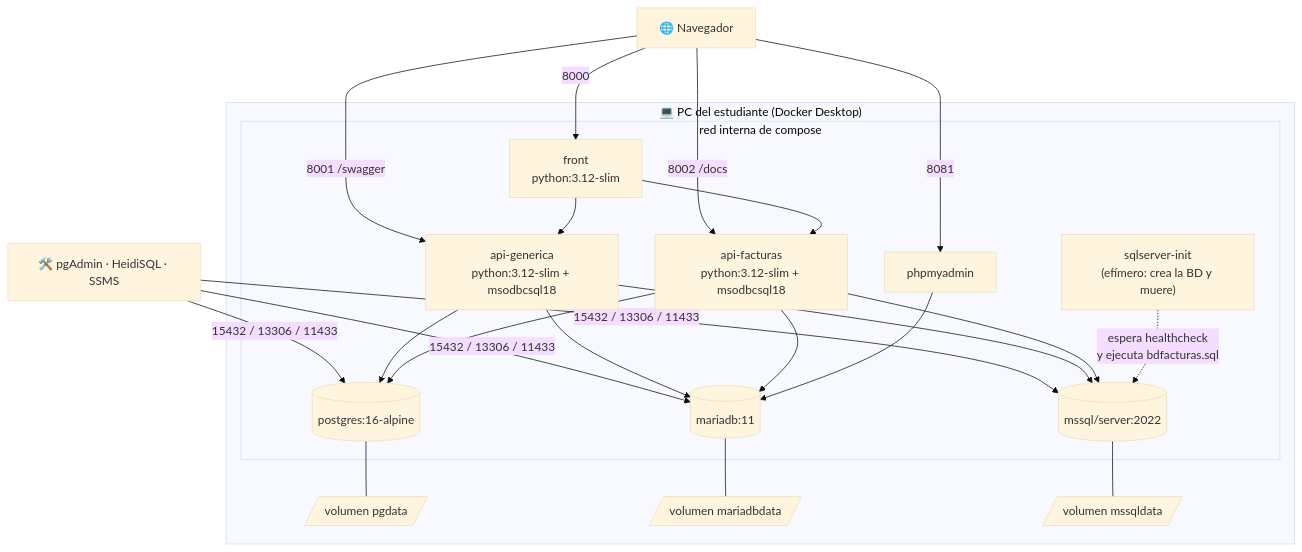
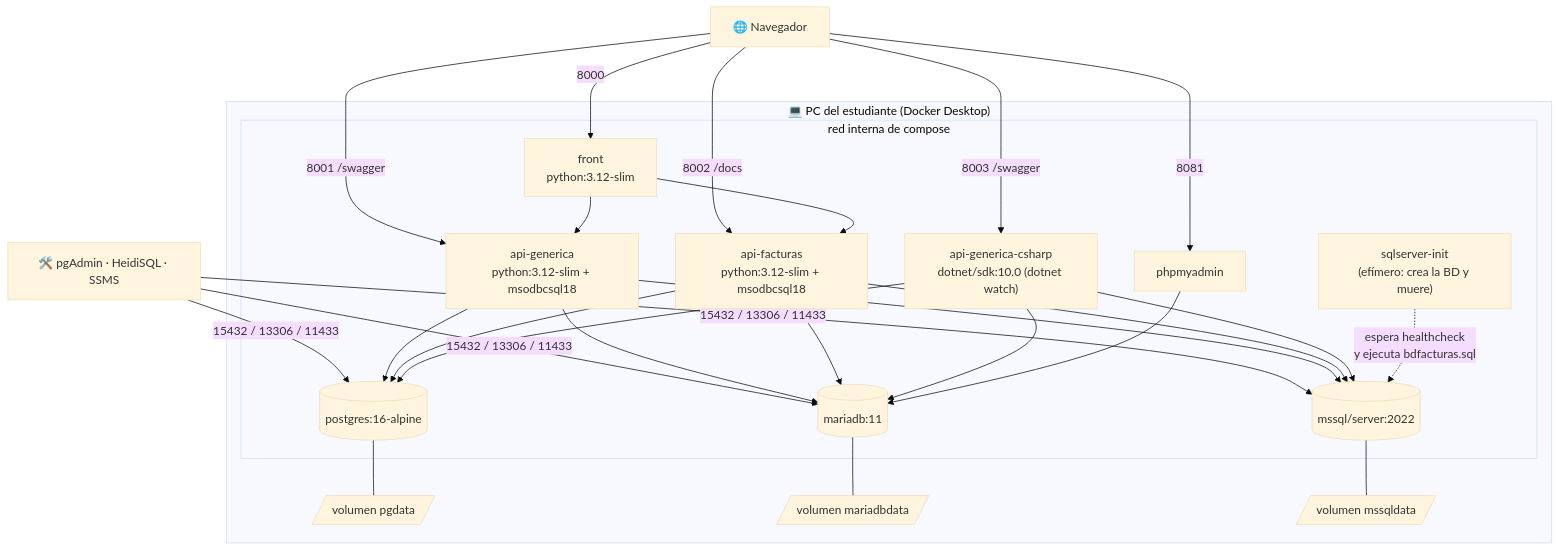
Before and after one commit to ccastro2050/proyecto_construccion1: the eighth of 8 diagrams in README.md, drawn with Mermaid (base theme). The commit also changed other lines of this file and 41 other files, not shown here.

````diff
--- a/README.md
+++ b/README.md
@@ -317,32 +352,35 @@
 ```mermaid
 flowchart TB
     subgraph HOST["💻 PC del estudiante (Docker Desktop)"]
         subgraph NET["red interna de compose"]
             F["front<br/>python:3.12-slim"]
             G["api-generica<br/>python:3.12-slim + msodbcsql18"]
             FA["api-facturas<br/>python:3.12-slim + msodbcsql18"]
+            CS["api-generica-csharp<br/>dotnet/sdk:10.0 (dotnet watch)"]
             P[("postgres:16-alpine")]
             M[("mariadb:11")]
             S[("mssql/server:2022")]
             INIT["sqlserver-init<br/>(efímero: crea la BD y muere)"]
             PMA["phpmyadmin"]
         end
         V1[/"volumen pgdata"/]
         V2[/"volumen mariadbdata"/]
         V3[/"volumen mssqldata"/]
     end
 
     B["🌐 Navegador"] -->|8000| F
     B -->|8001 /swagger| G
     B -->|8002 /docs| FA
+    B -->|8003 /swagger| CS
     B -->|8081| PMA
     HERR["🛠️ pgAdmin · HeidiSQL · SSMS"] -->|15432 / 13306 / 11433| P & M & S
 
     F --> G & FA
     G & FA --> P & M & S
+    CS --> P & M & S
     INIT -.->|"espera healthcheck<br/>y ejecuta bdfacturas.sql"| S
     PMA --> M
     P --- V1
     M --- V2
     S --- V3
 ```
````
